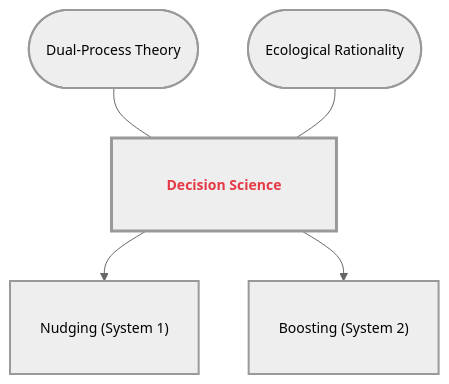
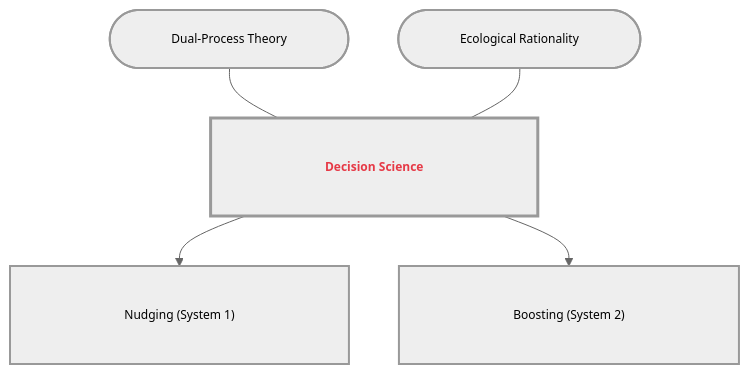
Before and after one commit to GM024/CourseSummaries: the fifth of 8 diagrams in Communication_Influence/Mastery_Guide_SOW_BS033.md, drawn with Mermaid. The commit also changed other lines of this file, not shown here.

Commit message:
GitHub-Hardened Overhaul: 10-space horizontal buffers and 40px global padding to fix text clipping

````diff
--- a/Communication_Influence/Mastery_Guide_SOW_BS033.md
+++ b/Communication_Influence/Mastery_Guide_SOW_BS033.md
@@ -171,14 +164,14 @@
 ```mermaid
-%%{init: { 'flowchart': { 'useMaxWidth': false, 'htmlLabels': true }, 'theme': 'neutral', 'themeVariables': { 'fontSize': '14px' }}}%%
+%%{init: { 'flowchart': { 'padding': 40, 'useMaxWidth': false, 'htmlLabels': true }, 'theme': 'neutral', 'themeVariables': { 'fontSize': '12px' }}}%%
 graph TD
-    classDef sandbox padding-left:20px,padding-right:20px,padding-top:10px,padding-bottom:10px,stroke-width:2px;
-    classDef hub padding-left:25px,padding-right:25px,padding-top:15px,padding-bottom:15px,stroke-width:3px,font-weight:bold;
+    classDef sandbox stroke-width:2px;
+    classDef hub stroke-width:3px,font-weight:bold;
 
-    Hub["<span style='color:#e63946'><b>Decision Science</b></span>"]:::hub
+    Hub["&nbsp;&nbsp;&nbsp;&nbsp;&nbsp;&nbsp;&nbsp;&nbsp;&nbsp;&nbsp; <span style='color:#e63946'><b>Decision Science</b></span> &nbsp;&nbsp;&nbsp;&nbsp;&nbsp;&nbsp;&nbsp;&nbsp;&nbsp;&nbsp;"]:::hub
     
-    S1(["Dual-Process Theory"]):::sandbox --- Hub
-    S2(["Ecological Rationality"]):::sandbox --- Hub
+    S1(["&nbsp;&nbsp;&nbsp;&nbsp;&nbsp;&nbsp;&nbsp;&nbsp;&nbsp;&nbsp; Dual-Process Theory &nbsp;&nbsp;&nbsp;&nbsp;&nbsp;&nbsp;&nbsp;&nbsp;&nbsp;&nbsp;"]):::sandbox --- Hub
+    S2(["&nbsp;&nbsp;&nbsp;&nbsp;&nbsp;&nbsp;&nbsp;&nbsp;&nbsp;&nbsp; Ecological Rationality &nbsp;&nbsp;&nbsp;&nbsp;&nbsp;&nbsp;&nbsp;&nbsp;&nbsp;&nbsp;"]):::sandbox --- Hub
     
-    Hub --> B1["Nudging (System 1)"]:::sandbox
-    Hub --> B2["Boosting (System 2)"]:::sandbox
+    Hub --> B1["&nbsp;&nbsp;&nbsp;&nbsp;&nbsp;&nbsp;&nbsp;&nbsp;&nbsp;&nbsp; Nudging (System 1) &nbsp;&nbsp;&nbsp;&nbsp;&nbsp;&nbsp;&nbsp;&nbsp;&nbsp;&nbsp;"]:::sandbox
+    Hub --> B2["&nbsp;&nbsp;&nbsp;&nbsp;&nbsp;&nbsp;&nbsp;&nbsp;&nbsp;&nbsp; Boosting (System 2) &nbsp;&nbsp;&nbsp;&nbsp;&nbsp;&nbsp;&nbsp;&nbsp;&nbsp;&nbsp;"]:::sandbox
 ```
````
